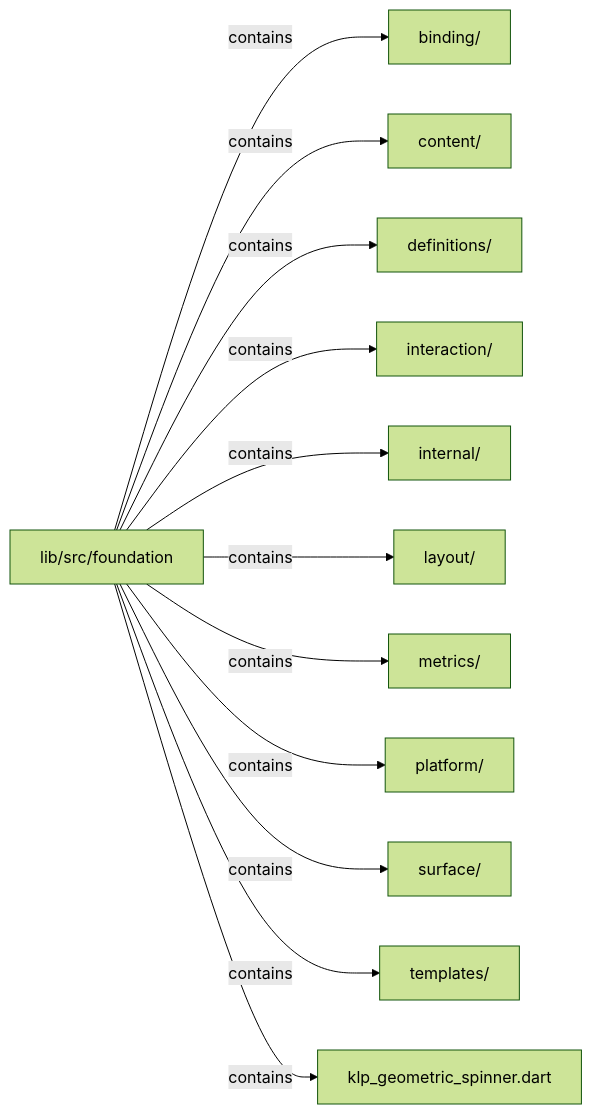
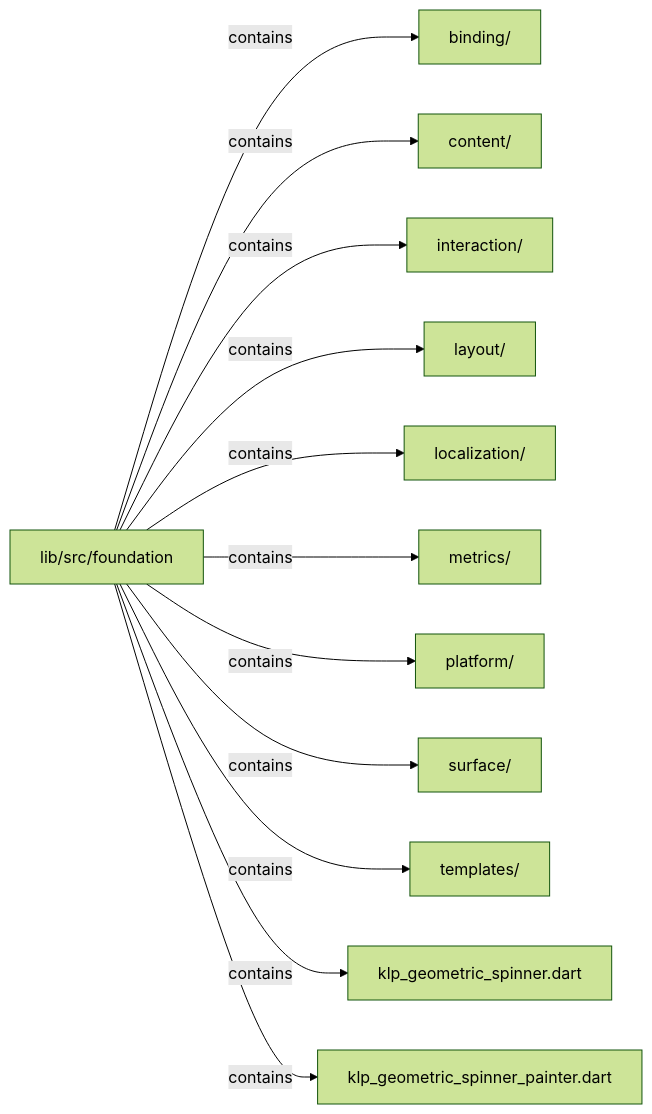
Before and after one commit to MiuDog/Kallopis: the second of 4 diagrams in docs/architecture/src/foundation/README.md, drawn with Mermaid (forest theme). The commit also changed other lines of this file and 9688 other files, not shown here.

Commit message:
Prepare isolated Flow F2 peer baseline

````diff
--- a/docs/architecture/src/foundation/README.md
+++ b/docs/architecture/src/foundation/README.md
@@ -81,26 +82,26 @@
 ```mermaid
 flowchart LR
 	n0["lib/src/foundation"]
 	n1["binding/"]
 	n2["content/"]
-	n3["definitions/"]
-	n4["interaction/"]
-	n5["internal/"]
-	n6["layout/"]
-	n7["metrics/"]
-	n8["platform/"]
-	n9["surface/"]
-	n10["templates/"]
-	n11["klp_geometric_spinner.dart"]
+	n3["interaction/"]
+	n4["layout/"]
+	n5["localization/"]
+	n6["metrics/"]
+	n7["platform/"]
+	n8["surface/"]
+	n9["templates/"]
+	n10["klp_geometric_spinner.dart"]
+	n11["klp_geometric_spinner_painter.dart"]
 	n0 -->|"contains"| n1
 	n0 -->|"contains"| n2
 	n0 -->|"contains"| n3
 	n0 -->|"contains"| n4
 	n0 -->|"contains"| n5
 	n0 -->|"contains"| n6
 	n0 -->|"contains"| n7
 	n0 -->|"contains"| n8
 	n0 -->|"contains"| n9
 	n0 -->|"contains"| n10
 	n0 -->|"contains"| n11
 ```
````
